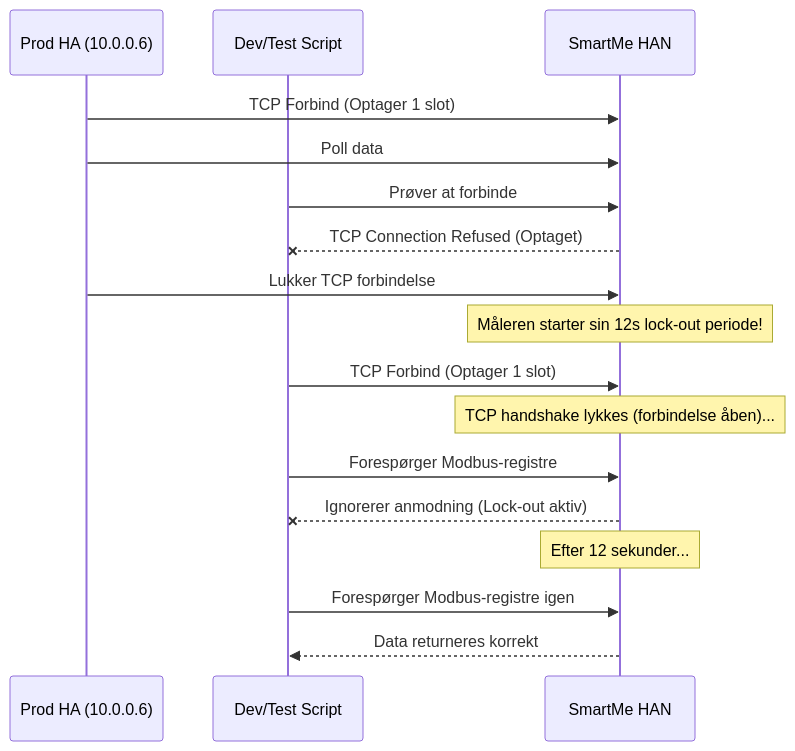
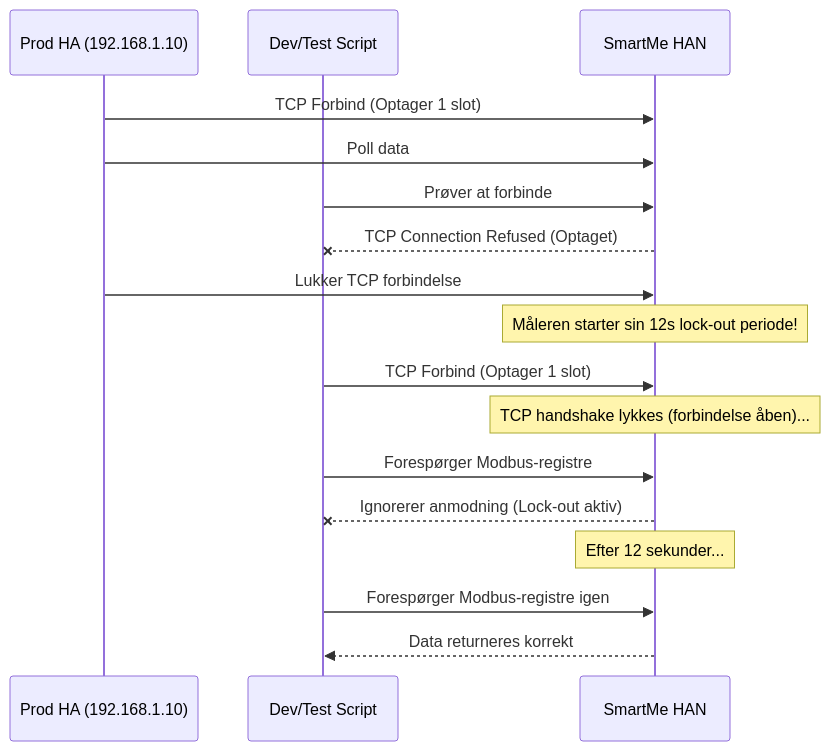
Before and after one commit to hostrup/homeassistant-smartme-han: the diagram in docs/historik/2026-07-10-smartme-han-modbus-timing.md, drawn with Mermaid. The commit also changed other lines of this file and 2 other files, not shown here.

First line of the commit message:
docs: redaktér private IP'er og interne stier i historik-noter (nul-hemmeligheder)

````diff
--- a/docs/historik/2026-07-10-smartme-han-modbus-timing.md
+++ b/docs/historik/2026-07-10-smartme-han-modbus-timing.md
@@ -22,22 +22,22 @@
 ```mermaid
 sequenceDiagram
-    participant ProdHA as Prod HA (10.0.0.6)
+    participant ProdHA as Prod HA (192.168.1.10)
     participant DevEnv as Dev/Test Script
     participant Meter as SmartMe HAN
     
     ProdHA->>Meter: TCP Forbind (Optager 1 slot)
     ProdHA->>Meter: Poll data
     DevEnv->>Meter: Prøver at forbinde
     Meter--xDevEnv: TCP Connection Refused (Optaget)
     ProdHA->>Meter: Lukker TCP forbindelse
     
     note over Meter: Måleren starter sin 12s lock-out periode!
     DevEnv->>Meter: TCP Forbind (Optager 1 slot)
     note over Meter: TCP handshake lykkes (forbindelse åben)...
     DevEnv->>Meter: Forespørger Modbus-registre
     Meter--xDevEnv: Ignorerer anmodning (Lock-out aktiv)
     
     note over Meter: Efter 12 sekunder...
     DevEnv->>Meter: Forespørger Modbus-registre igen
     Meter-->>DevEnv: Data returneres korrekt
 ```
````
